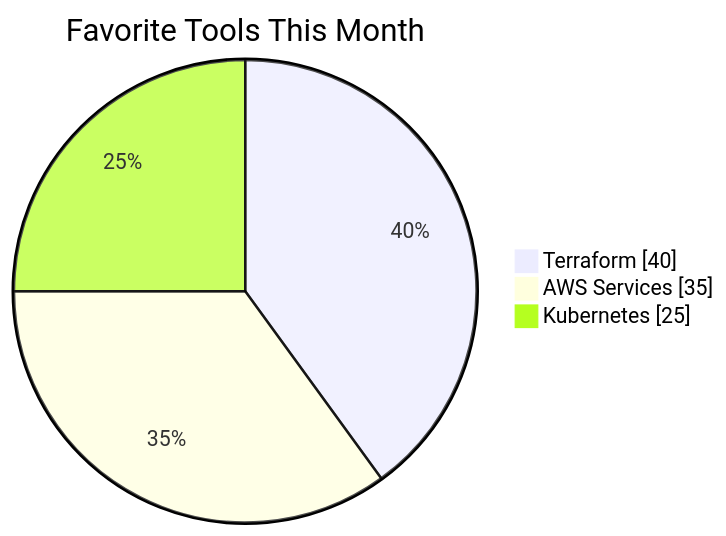
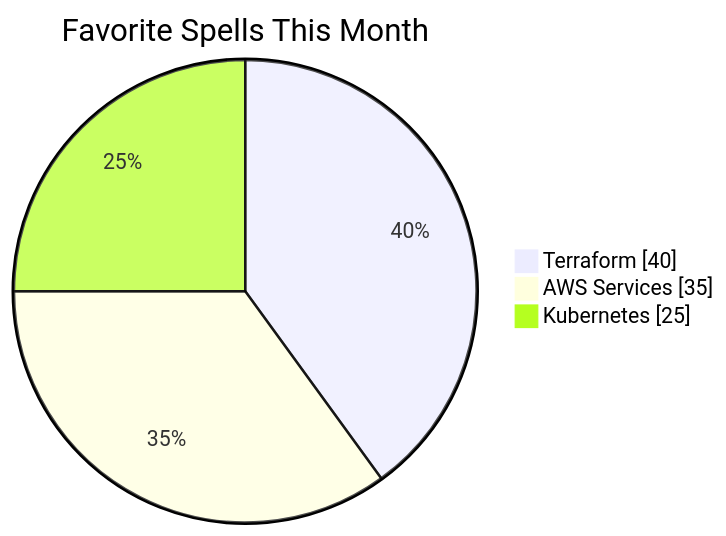
One commit to shashax42/shashax42 changed the diagram in README.md. Above: the diagram before and after it, drawn with Mermaid. The commit also changed other lines of this file and 2 other files, not shown here.

````diff
--- a/README.md
+++ b/README.md
@@ -42,7 +121,7 @@
 ```mermaid
 pie showData
-    title Favorite Tools This Month
+    title Favorite Spells This Month
     "Terraform": 40
     "AWS Services": 35
     "Kubernetes": 25
 ```
````
